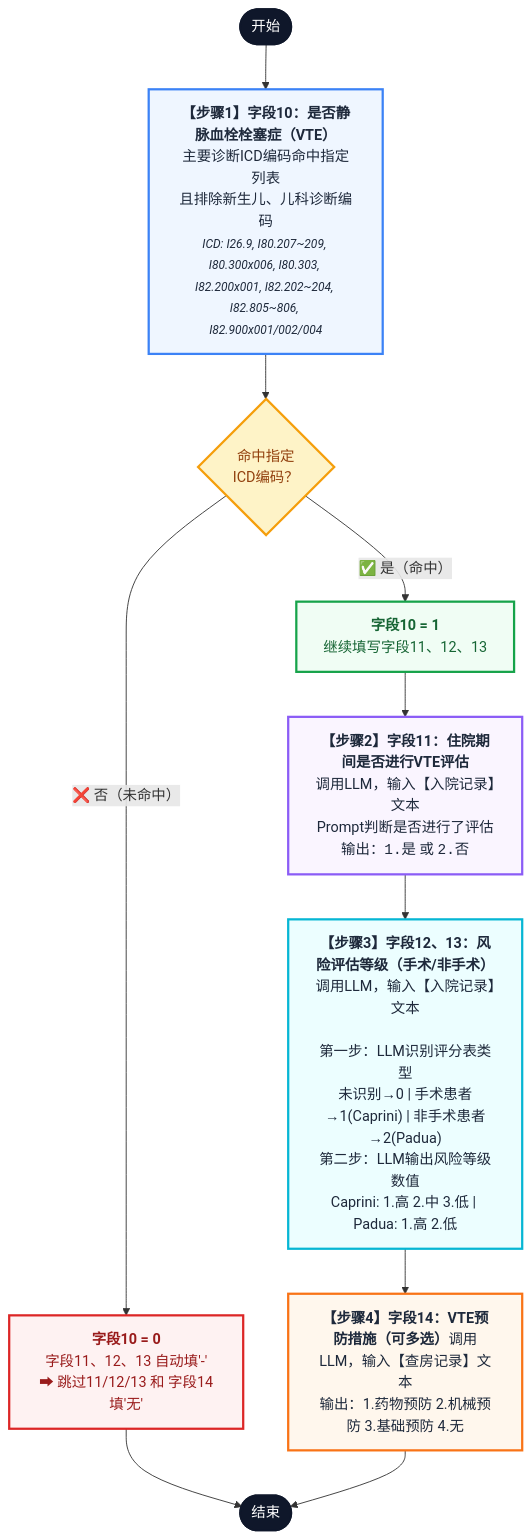
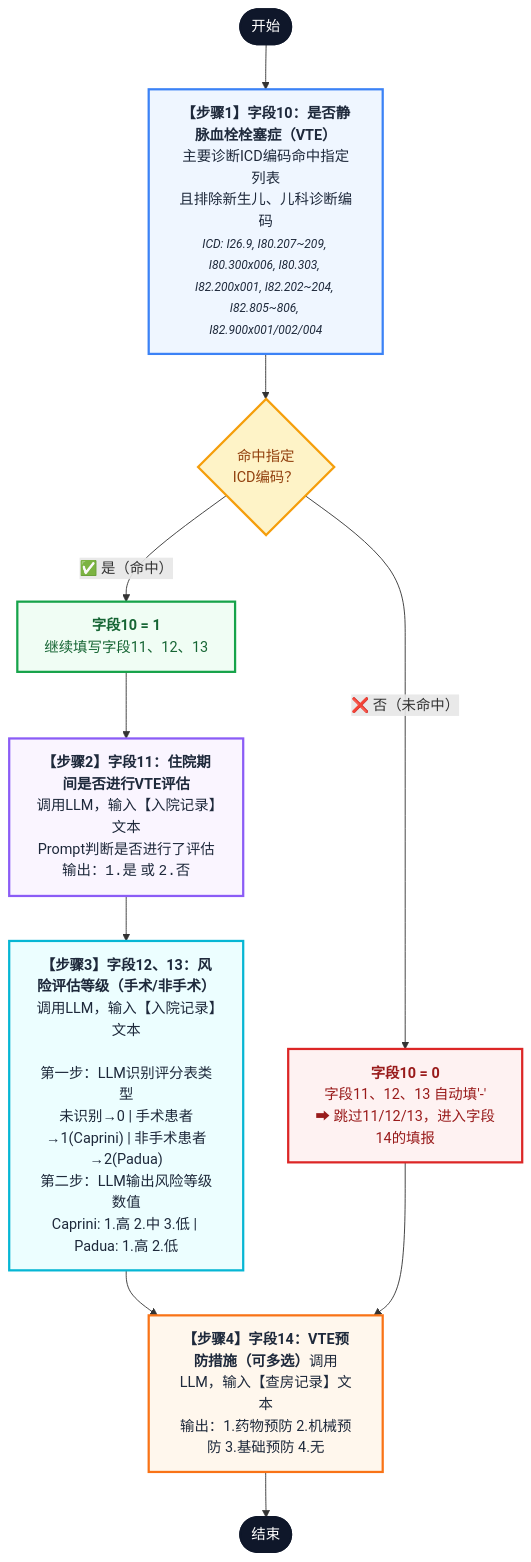
Before and after one commit to 17714196157/obsidian_qyc_book: the second of 4 diagrams in 工作交付文档/需求开发记录/随州中心医院-住院病案附页-字段生成.md, drawn with Mermaid. The commit also changed other lines of this file, not shown here.

````diff
--- a/工作交付文档/需求开发记录/随州中心医院-住院病案附页-字段生成.md
+++ b/工作交付文档/需求开发记录/随州中心医院-住院病案附页-字段生成.md
@@ -516,45 +517,45 @@
 ```mermaid
 flowchart TD
     classDef startEnd fill:#0f172a,stroke:#0f172a,color:#fff,stroke-width:2px
     classDef rule fill:#eff6ff,stroke:#3b82f6,color:#1e293b,stroke-width:2.5px
     classDef llm1 fill:#faf5ff,stroke:#8b5cf6,color:#1e293b,stroke-width:2.5px
     classDef llm2 fill:#ecfeff,stroke:#06b6d4,color:#1e293b,stroke-width:2.5px
     classDef llm3 fill:#fff7ed,stroke:#f97316,color:#1e293b,stroke-width:2.5px
     classDef decision fill:#fef3c7,stroke:#f59e0b,color:#92400e,stroke-width:2.5px
     classDef noBranch fill:#fef2f2,stroke:#dc2626,color:#991b1b,stroke-width:2.5px
     classDef yesBranch fill:#f0fdf4,stroke:#16a34a,color:#166534,stroke-width:2.5px
     
     Start([开始]) --> F10
     
     F10["<b>【步骤1】字段10：是否静脉血栓栓塞症（VTE）</b><br/>主要诊断ICD编码命中指定列表<br/>且排除新生儿、儿科诊断编码<br/><small><i>ICD: I26.9, I80.207~209, I80.300x006, I80.303, I82.200x001, I82.202~204, I82.805~806, I82.900x001/002/004</i></small>"]
     class F10 rule
     
     F10 --> Decision{命中指定<br/>ICD编码？}
     class Decision decision
     
-    Decision -- ❌ 否（未命中） --> NoResult["<b>字段10 = 0</b><br/>字段11、12、13 自动填'-'<br/>➡ 跳过11/12/13 和 字段14填'无'"]
+    Decision -- ❌ 否（未命中） --> NoResult["<b>字段10 = 0</b><br/>字段11、12、13 自动填'-'<br/>➡ 跳过11/12/13，进入字段14的填报"]
     class NoResult noBranch
     
     Decision -- ✅ 是（命中） --> YesResult["<b>字段10 = 1</b><br/>继续填写字段11、12、13"]
     class YesResult yesBranch
     
     YesResult --> F11
     
     F11["<b>【步骤2】字段11：住院期间是否进行VTE评估</b><br/>调用LLM，输入【入院记录】文本<br/>Prompt判断是否进行了评估<br/>输出：<code>1.是</code> 或 <code>2.否</code>"]
     class F11 llm1
     
     F11 --> F1213
     
     F1213["<b>【步骤3】字段12、13：风险评估等级（手术/非手术）</b><br/>调用LLM，输入【入院记录】文本<br/></b><br/>第一步：LLM识别评分表类型<br/>未识别→0 | 手术患者→1(Caprini) | 非手术患者→2(Padua)<br/>第二步：LLM输出风险等级数值<br/>Caprini: 1.高 2.中 3.低 | Padua: 1.高 2.低"]
     class F1213 llm2
     
     F1213 --> F14
     
-    NoResult --> EndNode([结束])
+    NoResult --> F14
     
     F14["<b>【步骤4】字段14：VTE预防措施（可多选）</b>调用LLM，输入【查房记录】文本<br/>输出：1.药物预防 2.机械预防 3.基础预防 4.无"]
     class F14 llm3
     
     F14 --> EndNode([结束])
     class Start,EndNode startEnd
 ```
````
